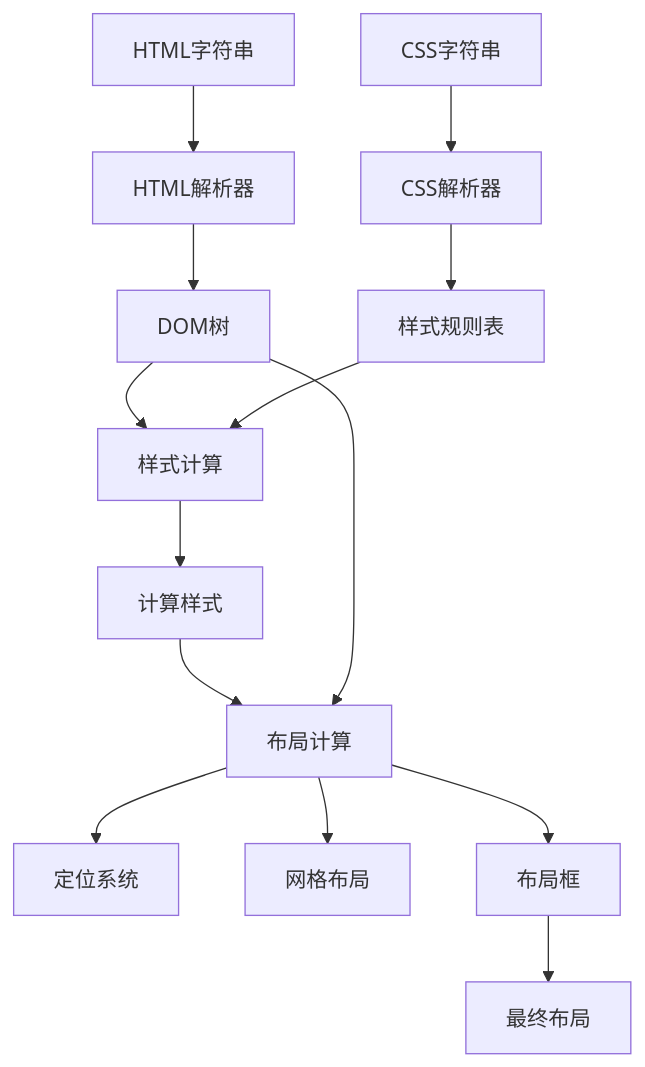
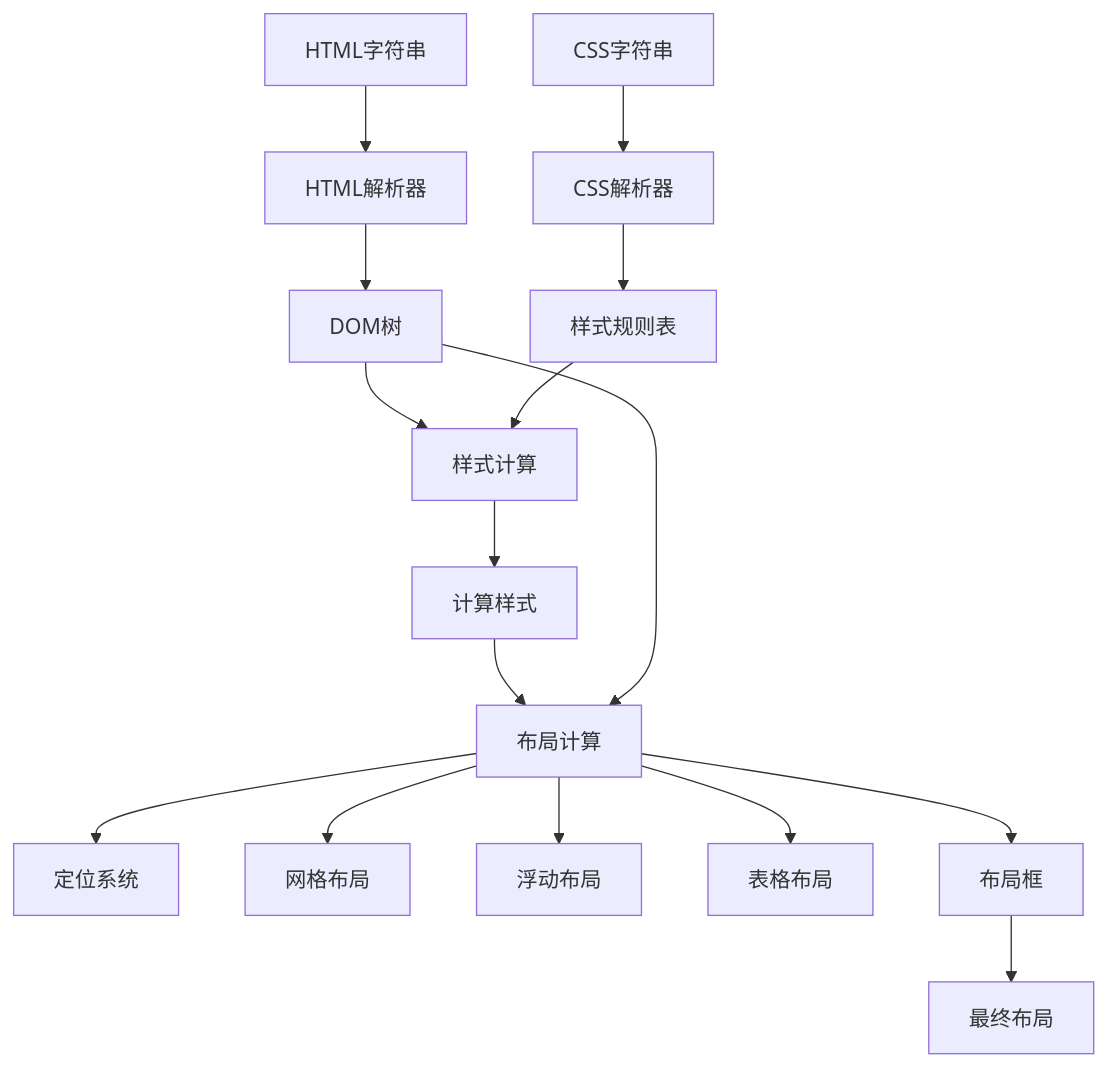
The third of 18 diagrams in .qoder/repowiki/zh/content/技术架构详解/布局样式系统/iris-layout布局引擎.md (itszzl-sudo/iris), drawn with Mermaid before and after one commit. The commit also changed other lines of this file and 10 other files, not shown here.

````diff
--- a/.qoder/repowiki/zh/content/技术架构详解/布局样式系统/iris-layout布局引擎.md
+++ b/.qoder/repowiki/zh/content/技术架构详解/布局样式系统/iris-layout布局引擎.md
@@ -186,16 +202,18 @@
 ```mermaid
 flowchart TD
 A[HTML字符串] --> B[HTML解析器]
 B --> C[DOM树]
 D[CSS字符串] --> E[CSS解析器]
 E --> F[样式规则表]
 C --> G[样式计算]
 F --> G
 G --> H[计算样式]
 H --> I[布局计算]
 I --> J[定位系统]
 I --> K[网格布局]
+I --> L[浮动布局]
+I --> M[表格布局]
 C --> I
-I --> L[布局框]
-L --> M[最终布局]
+I --> N[布局框]
+N --> O[最终布局]
 ```
````
